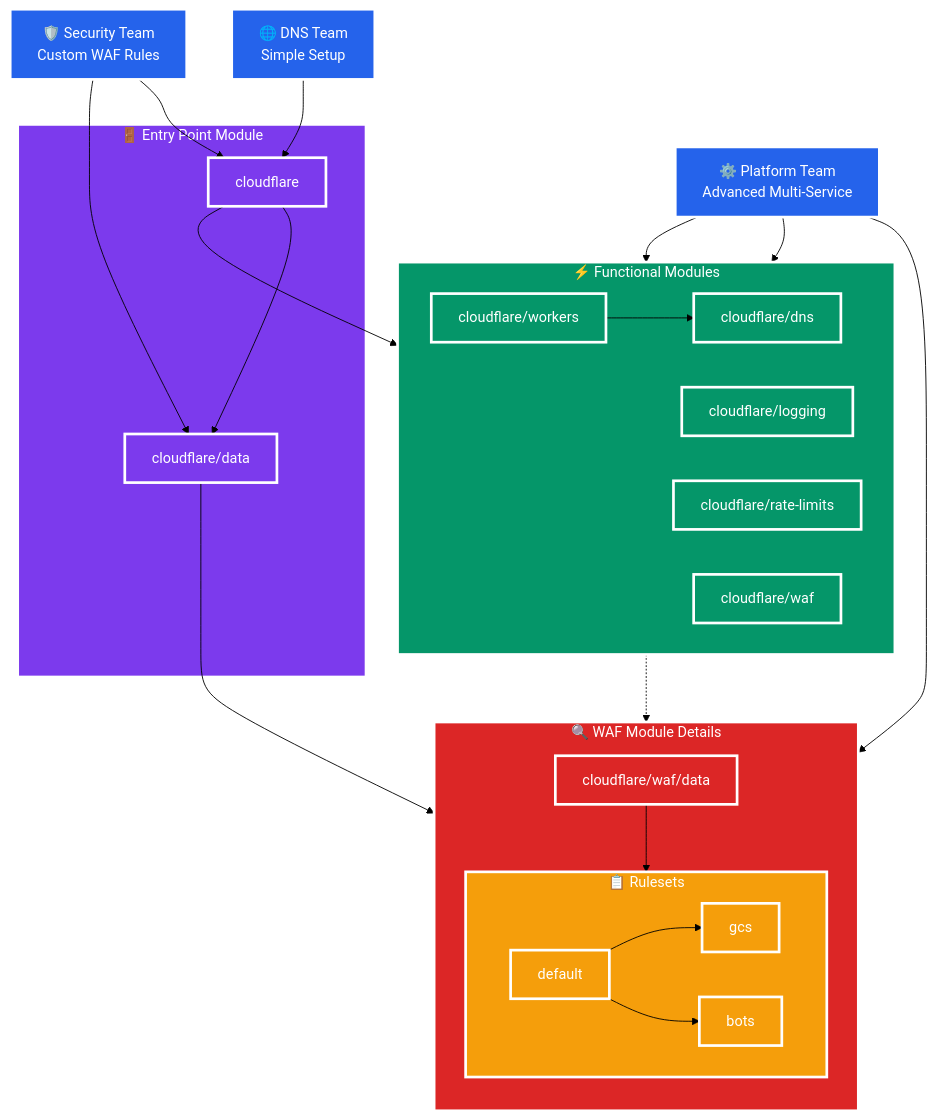
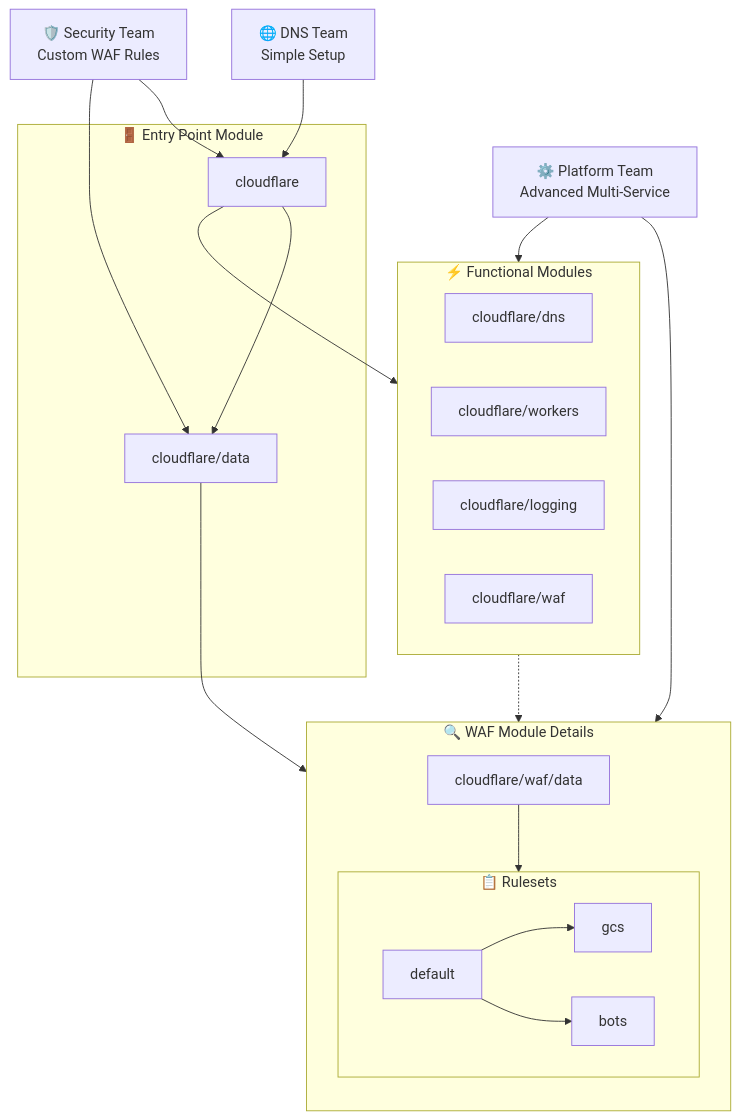
Before and after one commit to zalyoung/gitlab-handbook: the diagram in content/handbook/engineering/architecture/design-documents/cloudflare-standardization/_index.md, drawn with Mermaid.

Commit message:
Simplify diagram
This change simplifies the diagram to make it easier to read across
both light and dark mode in browsers.

````diff
--- a/content/handbook/engineering/architecture/design-documents/cloudflare-standardization/_index.md
+++ b/content/handbook/engineering/architecture/design-documents/cloudflare-standardization/_index.md
@@ -276,69 +276,46 @@
 ```mermaid
-%%{
-  init: {
-    'themeVariables': {
-      'lineColor': 'black'
-    }
-  }
-}%%
-
 flowchart TD
     %% Individual teams at the top
     user1["🌐 DNS Team<br/>Simple Setup"]
     user2["🛡️ Security Team<br/>Custom WAF Rules"]
     user3["⚙️ Platform Team<br/>Advanced Multi-Service"]
     %% Main entry point module
     subgraph entry-module[" 🚪 Entry Point Module "]
         cloudflare[cloudflare]
         cf-data[cloudflare/data]
         cloudflare --> cf-data
     end
     %% Functional modules layer
     subgraph functional-layer[" ⚡ Functional Modules "]
         direction LR
         cf-dns[cloudflare/dns]
         cf-workers[cloudflare/workers]
         cf-logging[cloudflare/logging]
-        cf-rates[cloudflare/rate-limits]
         cf-waf[cloudflare/waf]
     end
     %% Detailed WAF module (separate for clarity)
     subgraph waf-detail[" 🔍 WAF Module Details "]
         direction TB
         waf-data[cloudflare/waf/data]
         subgraph waf-rulesets[" 📋 Rulesets "]
             direction LR
             waf-default[default]
             waf-gcs[gcs]
             waf-bots[bots]
             waf-default --> waf-gcs
             waf-default --> waf-bots
         end
         waf-data --> waf-rulesets
     end
     %% User to entry point connections
     user1 --> cloudflare
     user2 --> cloudflare
     user2 --> cf-data
     user3 --> cf-waf
     user3 --> waf-data
-    user3 --> cf-rates
     %% Entry point to functional modules
     cloudflare --> functional-layer
     %% Data flow connections
     cf-data --> waf-data
     cf-waf -.-> waf-data
-    %% Cross-dependencies
-    cf-workers --> cf-dns
-    %% Accessible styling
-    classDef teamStyle fill:#2563eb,stroke:#ffffff,stroke-width:3px,color:#ffffff
-    classDef entryStyle fill:#7c3aed,stroke:#ffffff,stroke-width:3px,color:#ffffff
-    classDef functionalStyle fill:#059669,stroke:#ffffff,stroke-width:3px,color:#ffffff
-    classDef dataStyle fill:#dc2626,stroke:#ffffff,stroke-width:3px,color:#ffffff
-    classDef rulesetStyle fill:#f59e0b,stroke:#ffffff,stroke-width:3px,color:#ffffff
-    class user1,user2,user3 teamStyle
-    class entry-module,cloudflare,cf-data entryStyle
-    class functional-layer,cf-dns,cf-workers,cf-logging,cf-rates,cf-waf functionalStyle
-    class waf-detail,rate-detail,waf-data dataStyle
-    class waf-rulesets,waf-default,waf-gcs,waf-bots rulesetStyle
 ```
````
